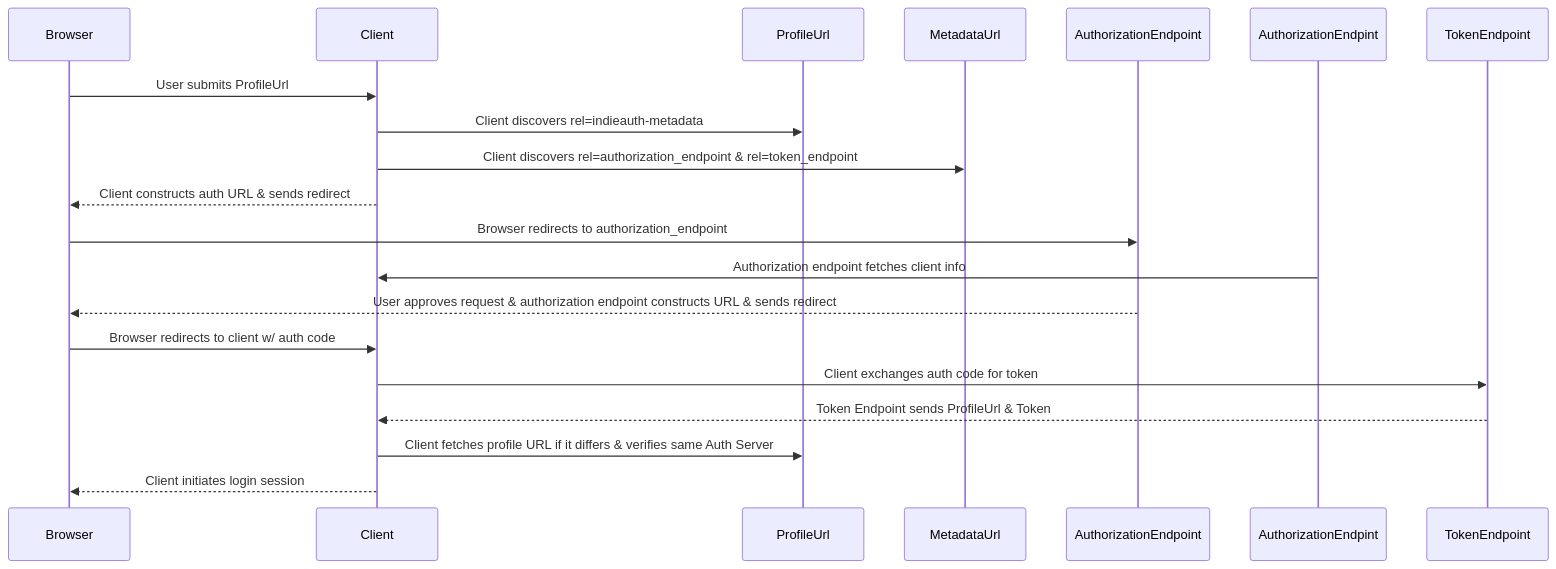
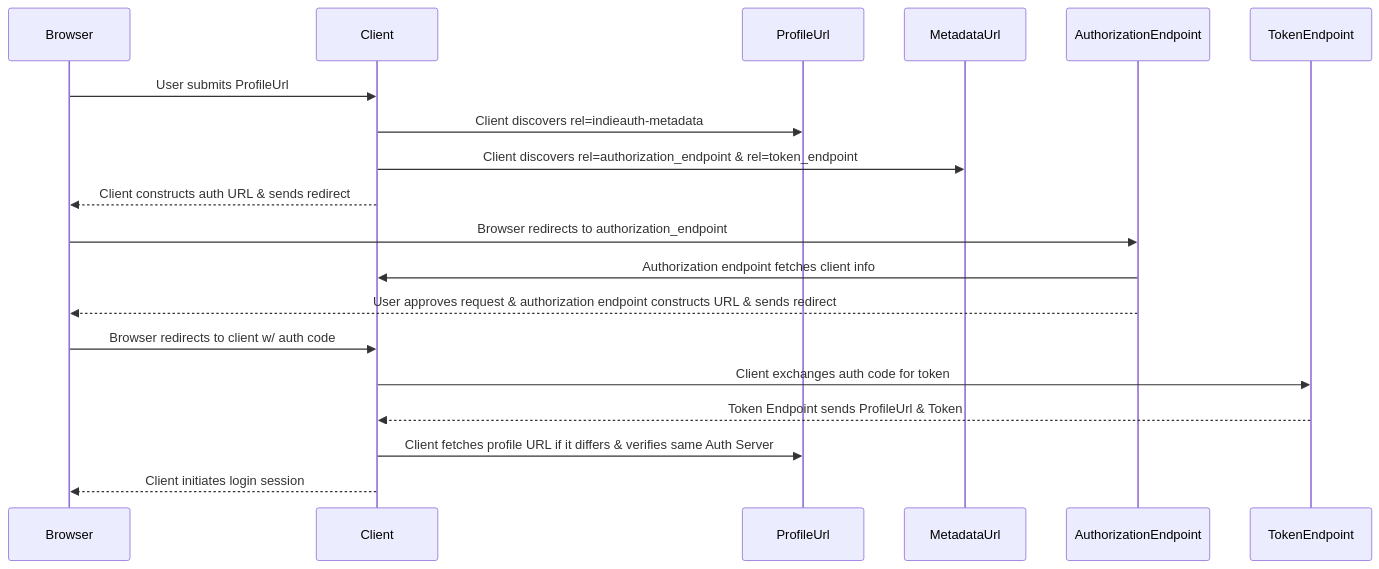
One commit to ResourcesCo/indieauth-client changed the diagram in docs/overview.md. Above: the diagram before and after it, drawn with Mermaid. The commit also changed other lines of this file, not shown here.

Commit message:
add hover/click events to sequence diagram

````diff
--- a/docs/overview.md
+++ b/docs/overview.md
@@ -7,15 +5,15 @@
 ```mermaid
 sequenceDiagram
     Browser->>Client: User submits ProfileUrl
     Client->>ProfileUrl: Client discovers rel=indieauth-metadata
     Client->>MetadataUrl: Client discovers rel=authorization_endpoint & rel=token_endpoint
     Client-->>Browser: Client constructs auth URL & sends redirect
     Browser->>AuthorizationEndpoint: Browser redirects to authorization_endpoint
-    AuthorizationEndpint->>Client: Authorization endpoint fetches client info
+    AuthorizationEndpoint->>Client: Authorization endpoint fetches client info
     AuthorizationEndpoint-->>Browser: User approves request & authorization endpoint constructs URL & sends redirect
     Browser->>Client: Browser redirects to client w/ auth code
     Client->>TokenEndpoint: Client exchanges auth code for token
     TokenEndpoint-->>Client: Token Endpoint sends ProfileUrl & Token
     Client->>ProfileUrl: Client fetches profile URL if it differs & verifies same Auth Server
     Client-->>Browser: Client initiates login session
 ```
````
